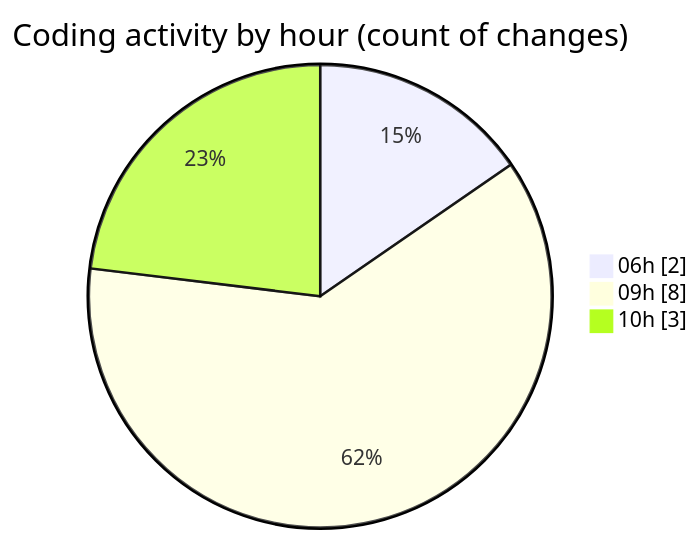
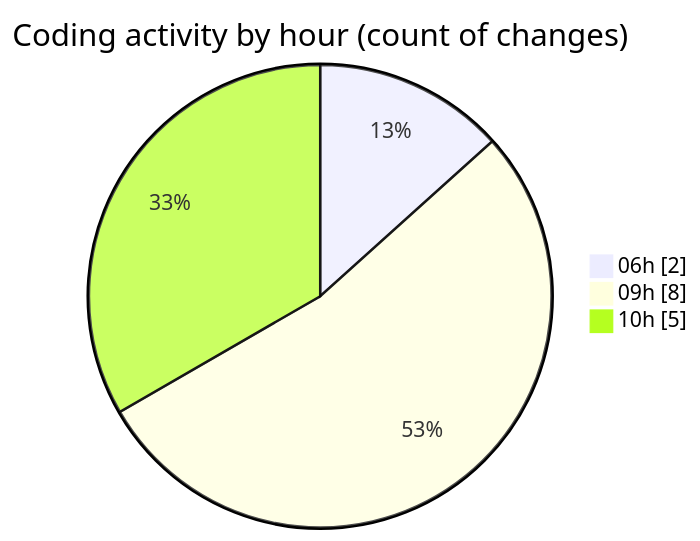
One commit to jadenblack/code-tracking changed the second of 2 diagrams in 2026-02-24/workbench__workspace_/README.md. Above: the diagram before and after it, drawn with Mermaid. The commit also changed other lines of this file and 1 other file, not shown here.

````diff
--- a/2026-02-24/workbench__workspace_/README.md
+++ b/2026-02-24/workbench__workspace_/README.md
@@ -32,7 +32,7 @@
 ```mermaid
 pie showData
 title Coding activity by hour (count of changes)
 "06h" : 2
 "09h" : 8
-"10h" : 3
+"10h" : 5
 ```
````
